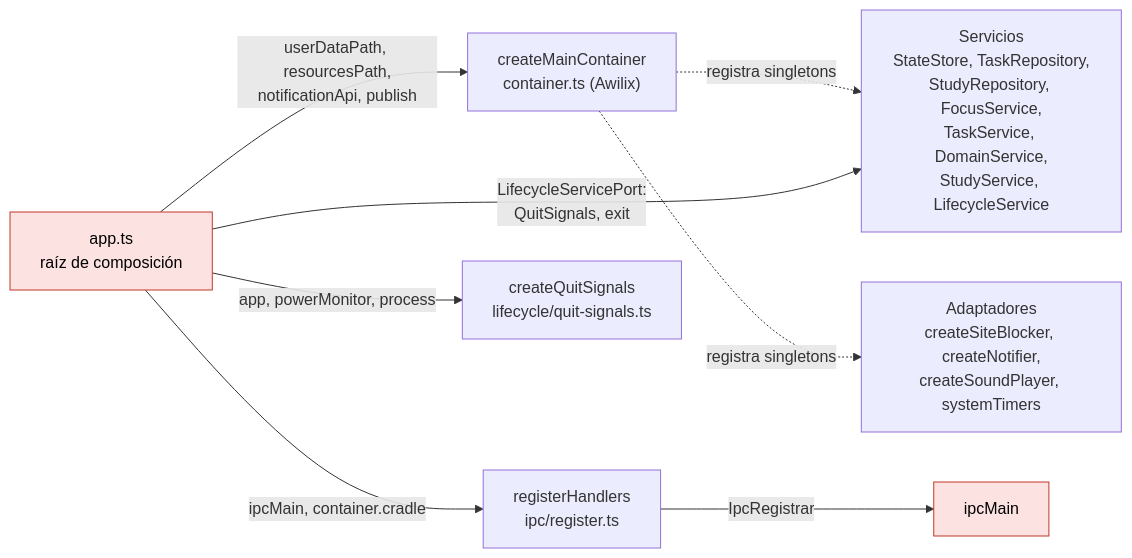
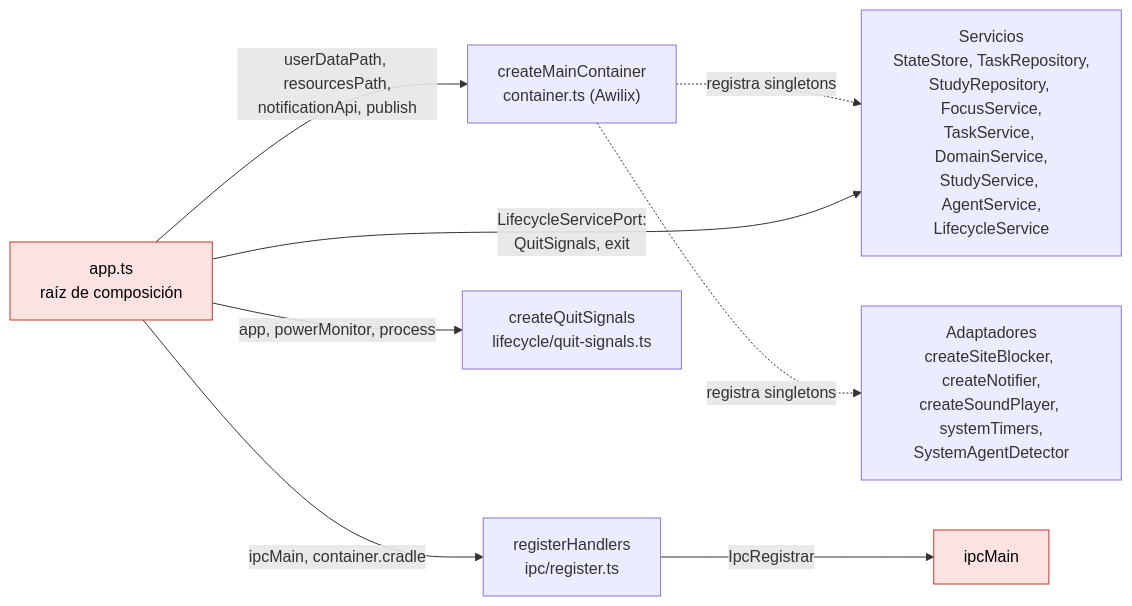
Before and after one commit to DevJuan95/ritmo: the third of 13 diagrams in docs/arquitectura.md, drawn with Mermaid. The commit also changed other lines of this file and 37 other files, not shown here.

````diff
--- a/docs/arquitectura.md
+++ b/docs/arquitectura.md
@@ -85,20 +85,20 @@
 ```mermaid
 flowchart LR
   app["app.ts<br/>raíz de composición"]:::electron
   container["createMainContainer<br/>container.ts (Awilix)"]
-  servicios["Servicios<br/>StateStore, TaskRepository,<br/>StudyRepository, FocusService,<br/>TaskService, DomainService,<br/>StudyService, LifecycleService"]
-  adaptadores["Adaptadores<br/>createSiteBlocker, createNotifier,<br/>createSoundPlayer, systemTimers"]
+  servicios["Servicios<br/>StateStore, TaskRepository,<br/>StudyRepository, FocusService,<br/>TaskService, DomainService,<br/>StudyService, AgentService,<br/>LifecycleService"]
+  adaptadores["Adaptadores<br/>createSiteBlocker, createNotifier,<br/>createSoundPlayer, systemTimers,<br/>SystemAgentDetector"]
   ipc["registerHandlers<br/>ipc/register.ts"]
   quit["createQuitSignals<br/>lifecycle/quit-signals.ts"]
   ipcMain["ipcMain"]:::electron
 
   app -- "userDataPath, resourcesPath,<br/>notificationApi, publish" --> container
   container -. "registra singletons" .-> servicios
   container -. "registra singletons" .-> adaptadores
   app -- "ipcMain, container.cradle" --> ipc
   ipc -- "IpcRegistrar" --> ipcMain
   app -- "LifecycleServicePort:<br/>QuitSignals, exit" --> servicios
   app -- "app, powerMonitor, process" --> quit
 
   classDef electron fill:#fde2e2,stroke:#c0392b,color:#000
 ```
````
